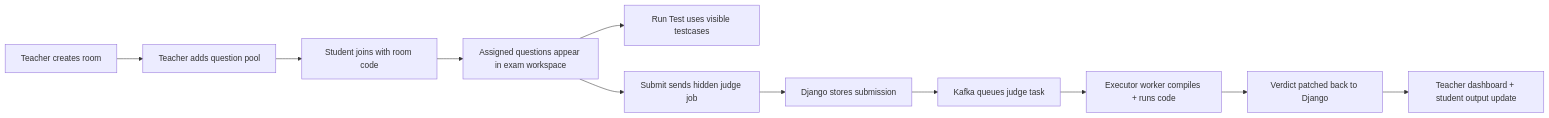
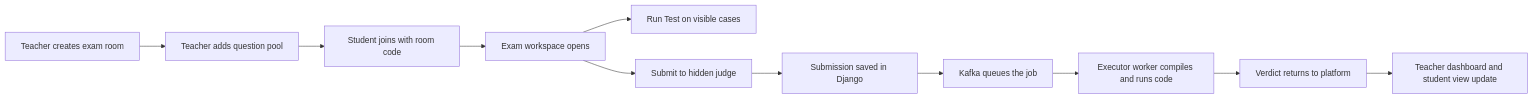
The diagram in README.md (Nava-deep/judge_vortex), drawn with Mermaid before and after one commit. The commit also changed other lines of this file, not shown here.

````diff
--- a/README.md
+++ b/README.md
@@ -39,13 +88,13 @@
 ```mermaid
 flowchart LR
-    A["Teacher creates room"] --> B["Teacher adds question pool"]
+    A["Teacher creates exam room"] --> B["Teacher adds question pool"]
     B --> C["Student joins with room code"]
-    C --> D["Assigned questions appear in exam workspace"]
-    D --> E["Run Test uses visible testcases"]
-    D --> F["Submit sends hidden judge job"]
-    F --> G["Django stores submission"]
-    G --> H["Kafka queues judge task"]
-    H --> I["Executor worker compiles + runs code"]
-    I --> J["Verdict patched back to Django"]
-    J --> K["Teacher dashboard + student output update"]
+    C --> D["Exam workspace opens"]
+    D --> E["Run Test on visible cases"]
+    D --> F["Submit to hidden judge"]
+    F --> G["Submission saved in Django"]
+    G --> H["Kafka queues the job"]
+    H --> I["Executor worker compiles and runs code"]
+    I --> J["Verdict returns to platform"]
+    J --> K["Teacher dashboard and student view update"]
 ```
````
